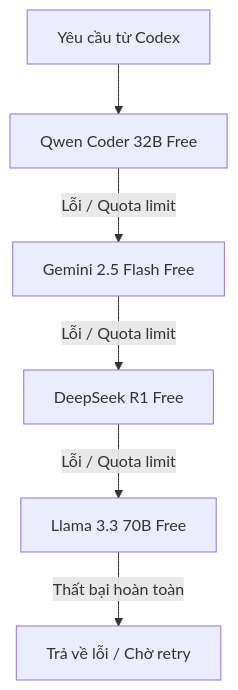
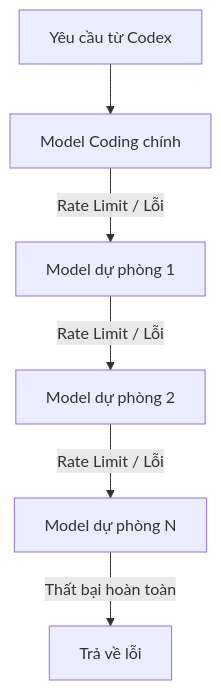
One commit to nguyen-ngoc-quy/codex-agents-kit changed the diagram in docs/Profiles.md. Above: the diagram before and after it, drawn with Mermaid. The commit also changed other lines of this file and 15 other files, not shown here.

````diff
--- a/docs/Profiles.md
+++ b/docs/Profiles.md
@@ -53,8 +52,8 @@
 ```mermaid
 graph TD;
-    Start[Yêu cầu từ Codex] --> Qwen[Qwen Coder 32B Free];
-    Qwen -- Lỗi / Quota limit --> Gemini[Gemini 2.5 Flash Free];
-    Gemini -- Lỗi / Quota limit --> DeepSeek[DeepSeek R1 Free];
-    DeepSeek -- Lỗi / Quota limit --> Llama[Llama 3.3 70B Free];
-    Llama -- Thất bại hoàn toàn --> Fail[Trả về lỗi / Chờ retry];
+    Start[Yêu cầu từ Codex] --> Model1[Model Coding chính];
+    Model1 -- Rate Limit / Lỗi --> Model2[Model dự phòng 1];
+    Model2 -- Rate Limit / Lỗi --> Model3[Model dự phòng 2];
+    Model3 -- Rate Limit / Lỗi --> ModelN[Model dự phòng N];
+    ModelN -- Thất bại hoàn toàn --> Fail[Trả về lỗi];
 ```
````
